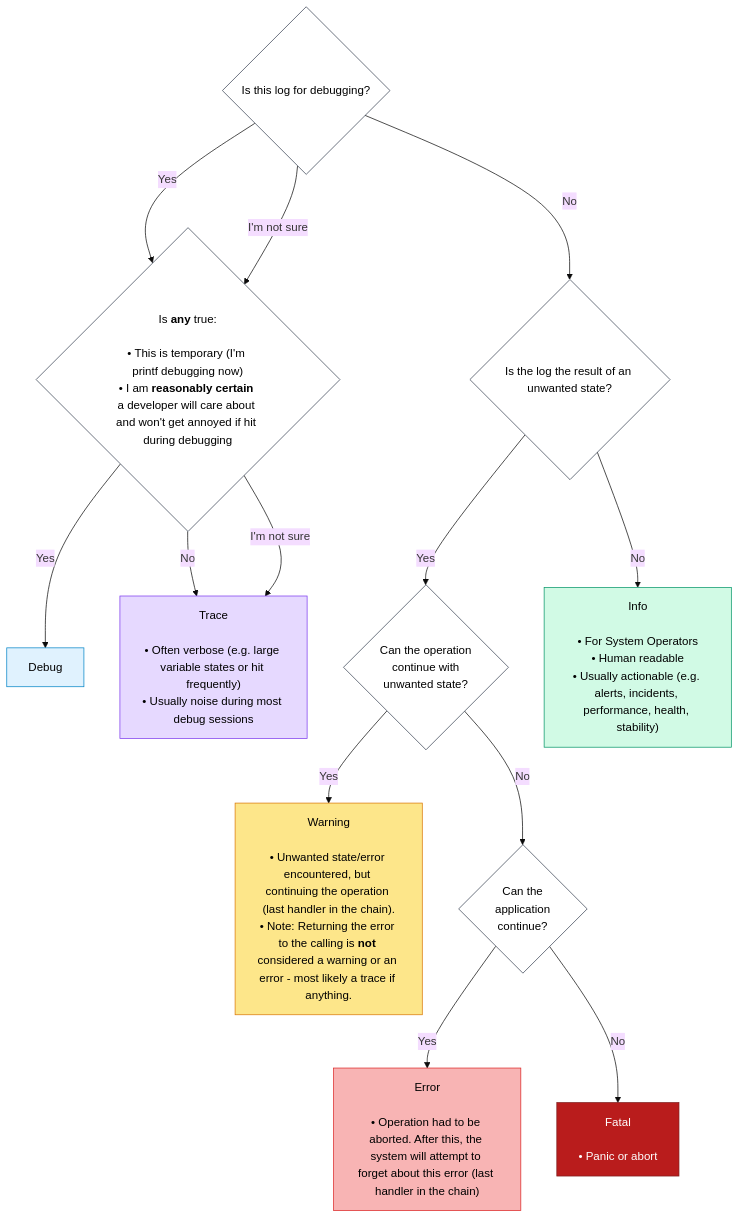
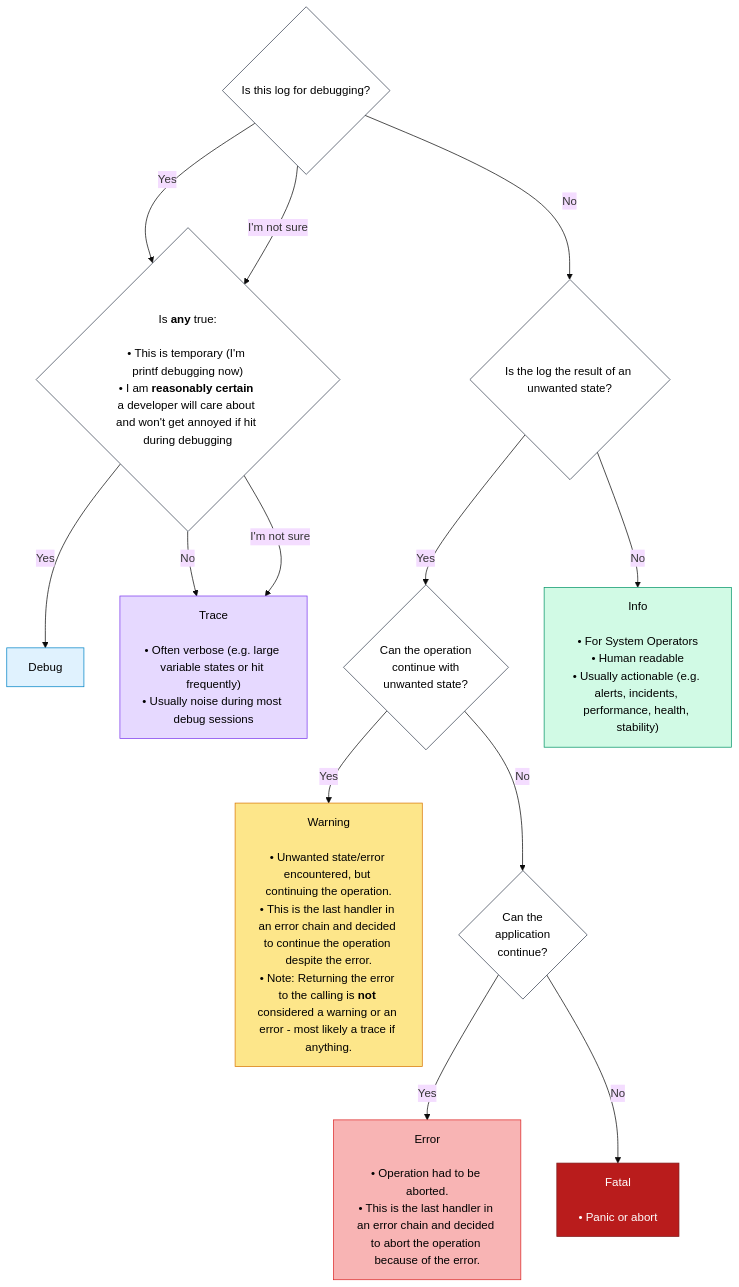
The diagram in README.md (mcmah309/err_trail), drawn with Mermaid (base theme) before and after one commit.

Commit message:
Update README chart

````diff
--- a/README.md
+++ b/README.md
@@ -55,45 +55,45 @@
 ```mermaid
 flowchart TD
     Start{Is this log for debugging?}
 
     Start -->|Yes| SessionType
     Start -->|No| UnwantedState
     Start -->|I'm not sure| SessionType
     SessionType --> |Yes| Debug
     SessionType --> |No| Trace
     SessionType -->|I'm not sure| Trace
     UnwantedState -->|Yes| ProcessContinue
     UnwantedState -->|No| Info    
     ProcessContinue -->|Yes| Warning
     ProcessContinue -->|No| AppContinue 
     AppContinue -->|Yes| Error
     AppContinue -->|No| Fatal
 
     UnwantedState{Is the log the result of an unwanted state?}
     SessionType{"Is <b>any</b> true:<br/><br/>• This is temporary (I'm printf debugging now)<br/>• I am <b>reasonably certain</b> a developer will care about and won't get annoyed if hit during debugging"}
     ProcessContinue{Can the operation<br/>continue with<br/>unwanted state?}
     AppContinue{Can the<br/>application<br/>continue?}
     
     classDef normal fill:#ffffff,stroke:#374151,color:#000;
     classDef trace  fill:#e6d9ff,stroke:#7c3aed,color:#000;
     classDef debug  fill:#e0f2fe,stroke:#0284c7,color:#000;
     classDef info   fill:#d1fae5,stroke:#059669,color:#000;
     classDef warning fill:#fde68a,stroke:#d97706,color:#000;
     classDef error  fill:#f8b4b4,stroke:#dc2626,color:#000;
     classDef fatal  fill:#b91c1c,stroke:#7f1d1d,color:#fff;
 
     class Start,SessionType,UnwantedState,ProcessContinue,AppContinue normal;
     class Trace trace;
     class Debug debug;
     class Info info;
     class Warning warning;
     class Error error;
     class Fatal fatal;
 
     Trace["Trace<br/><br/>• Often verbose (e.g. large variable states or hit frequently)<br/>• Usually noise during most debug sessions"]
     Debug[Debug]
     Info["Info<br/><br/>• For System Operators<br/>• Human readable<br/>• Usually actionable (e.g. alerts, incidents, performance, health, stability)"]
-    Warning["Warning<br/><br/>• Unwanted state/error encountered, but continuing the operation (last handler in the chain).<br/>• Note: Returning the error to the calling is <b>not</b> considered a warning or an error - most likely a trace if anything."]
-    Error["Error<br/><br/>• Operation had to be aborted. After this, the system will attempt to forget about this error (last handler in the chain)"]
+    Warning["Warning<br/><br/>• Unwanted state/error encountered, but continuing the operation.<br/>• This is the last handler in an error chain and decided to continue the operation despite the error.<br/>• Note: Returning the error to the calling is <b>not</b> considered a warning or an error - most likely a trace if anything."]
+    Error["Error<br/><br/>• Operation had to be aborted.<br/>• This is the last handler in an error chain and decided to abort the operation because of the error."]
     Fatal[Fatal<br/><br/>• Panic or abort]
 ```
````
